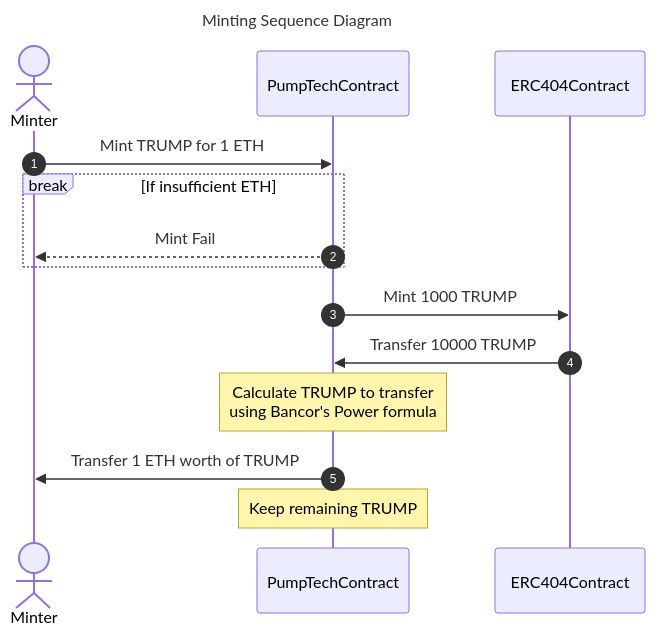
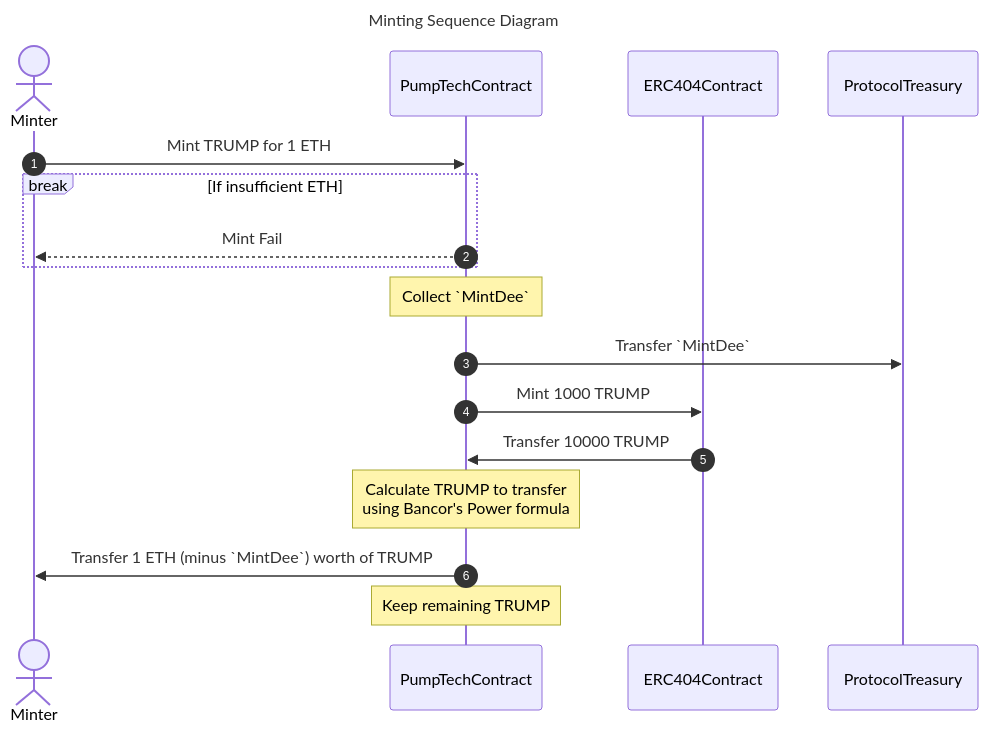
Before and after one commit to aloshyakasoto/pump.tech: the first of 3 diagrams in docs/OPERATIONS.md, drawn with Mermaid.

Commit message:
Docs modified #2

````diff
--- a/docs/OPERATIONS.md
+++ b/docs/OPERATIONS.md
@@ -13,19 +13,22 @@
 ```mermaid
 ---
 title: Minting Sequence Diagram
 ---
 sequenceDiagram
     autonumber
     actor Minter
     participant PumpTechContract
     participant ERC404Contract
+    participant ProtocolTreasury
     Minter ->> PumpTechContract: Mint TRUMP for 1 ETH
     break If insufficient ETH
         PumpTechContract-->>Minter: Mint Fail
     end
+    Note over PumpTechContract: Collect `MintDee`
+    PumpTechContract ->> ProtocolTreasury: Transfer `MintDee`
     PumpTechContract ->> ERC404Contract: Mint 1000 TRUMP
     ERC404Contract ->> PumpTechContract: Transfer 10000 TRUMP
     Note over PumpTechContract: Calculate TRUMP to transfer<br />using Bancor's Power formula
-    PumpTechContract ->> Minter: Transfer 1 ETH worth of TRUMP
+    PumpTechContract ->> Minter: Transfer 1 ETH (minus `MintDee`) worth of TRUMP
     Note over PumpTechContract: Keep remaining TRUMP
 ```
````
